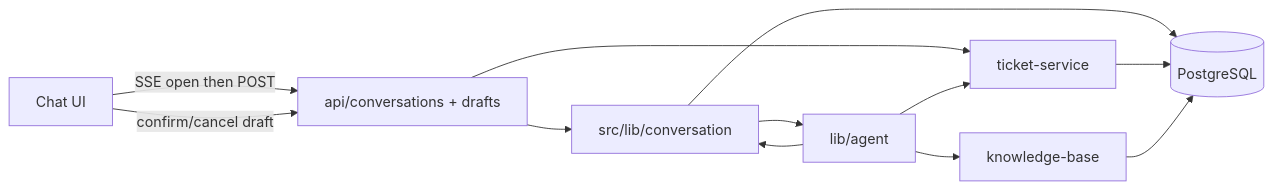
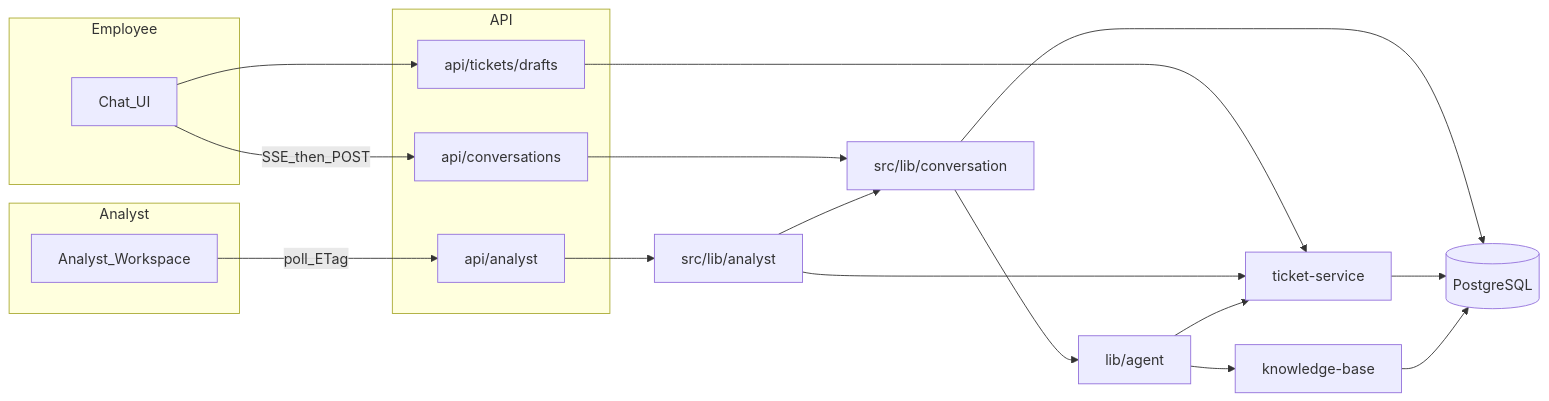
Before and after one commit to jsballarini/NexoAssist: the diagram in docs/desenvolvimento/arquitetura-codigo.md, drawn with Mermaid. The commit also changed other lines of this file and 65 other files, not shown here.

Commit message:
Update to version 0.5.0-m5: Implement analyst console with polling features, enhance conversation handling with analyst interactions, and improve rate limiting. Update documentation and refine E2E tests for stability. Remove outdated assets and align environment configuration.

````diff
--- a/docs/desenvolvimento/arquitetura-codigo.md
+++ b/docs/desenvolvimento/arquitetura-codigo.md
@@ -8,22 +8,35 @@
 ```mermaid
 flowchart LR
-  UI[Chat UI]
-  API[api/conversations + drafts]
+  subgraph employee [Employee]
+    ChatUI[Chat_UI]
+  end
+  subgraph analyst [Analyst]
+    Console[Analyst_Workspace]
+  end
+  subgraph api [API]
+    ConvAPI[api/conversations]
+    AnalystAPI[api/analyst]
+    DraftAPI[api/tickets/drafts]
+  end
   Conv[src/lib/conversation]
+  AnalystSvc[src/lib/analyst]
   Agent[lib/agent]
   TC[ticket-service]
   KB[knowledge-base]
   DB[(PostgreSQL)]
 
-  UI -->|SSE open then POST| API
-  UI -->|confirm/cancel draft| API
-  API --> Conv
-  API --> TC
+  ChatUI -->|SSE_then_POST| ConvAPI
+  ChatUI --> DraftAPI
+  Console -->|poll_ETag| AnalystAPI
+  ConvAPI --> Conv
+  AnalystAPI --> AnalystSvc
+  DraftAPI --> TC
   Conv --> Agent
   Conv --> DB
+  AnalystSvc --> Conv
+  AnalystSvc --> TC
   Agent --> TC
-  Agent --> Conv
   Agent --> KB
   TC --> DB
   KB --> DB
 ```
````
